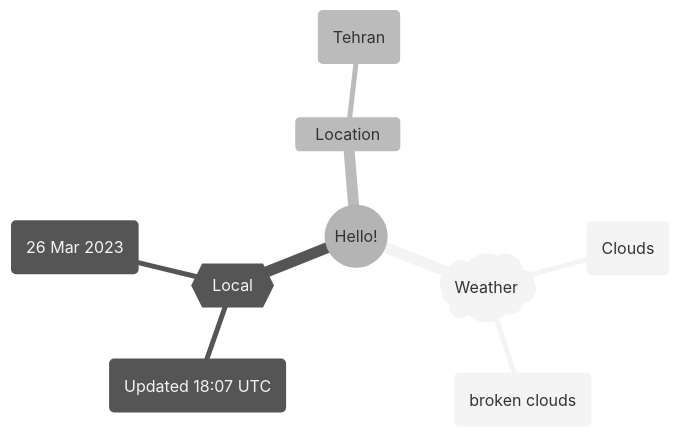
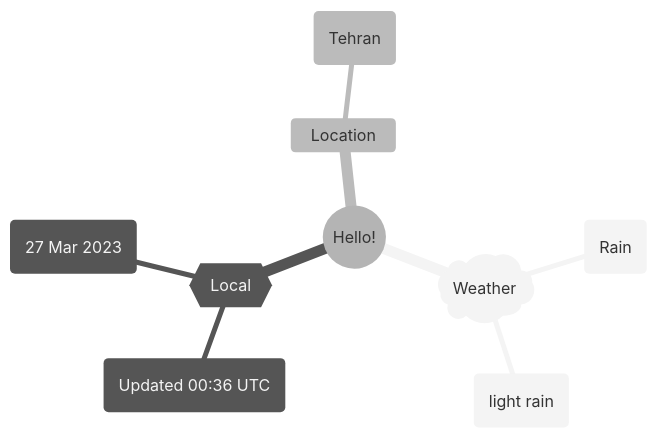
One commit to Xosrov/Xosrov changed the first of 2 diagrams in README.md. Above: the diagram before and after it, drawn with Mermaid (neutral theme).

Commit message:
[bot] updated images

````diff
--- a/README.md
+++ b/README.md
@@ -3,12 +3,12 @@
 ```mermaid
 mindmap
   root((Hello!))
     )Weather(
-        (Clouds)
-        (broken clouds)
+        (Rain)
+        (light rain)
     {{Local}}
-        (Updated 18:07 UTC)
-        (26 Mar 2023)
+        (Updated 00:36 UTC)
+        (27 Mar 2023)
     Location
         (Tehran)
 ```
````
